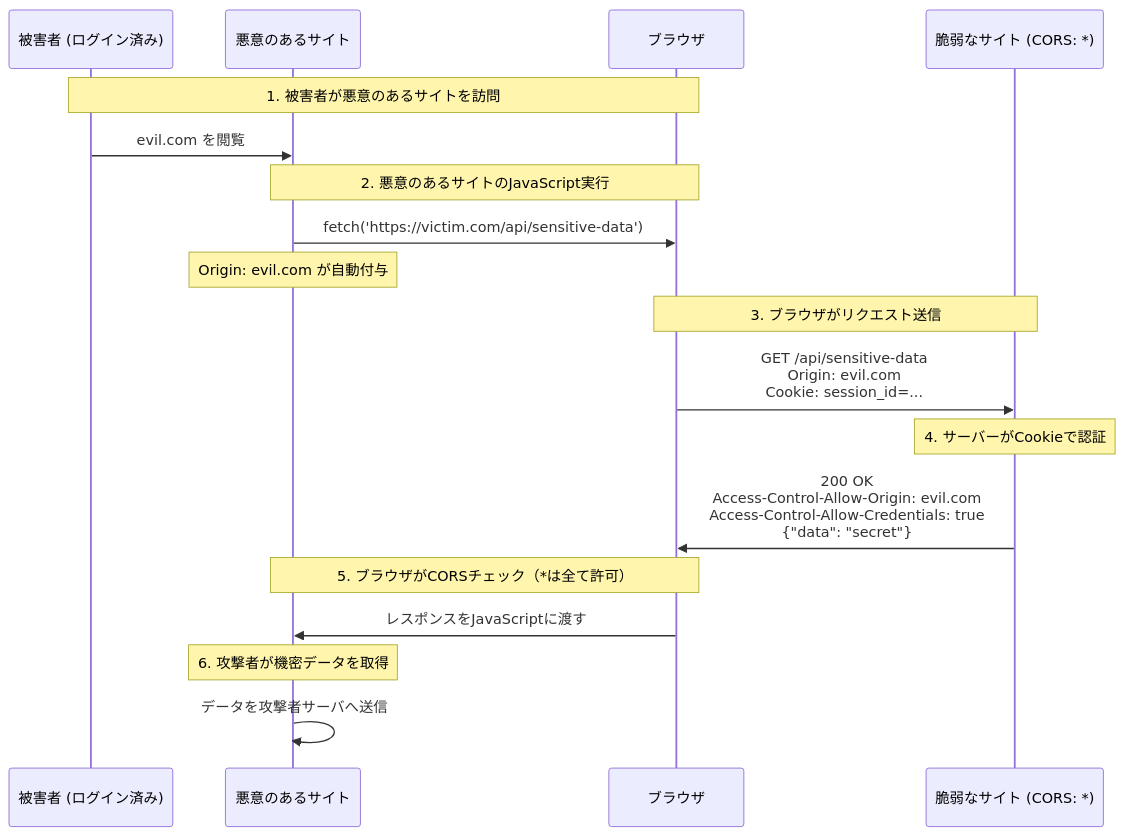
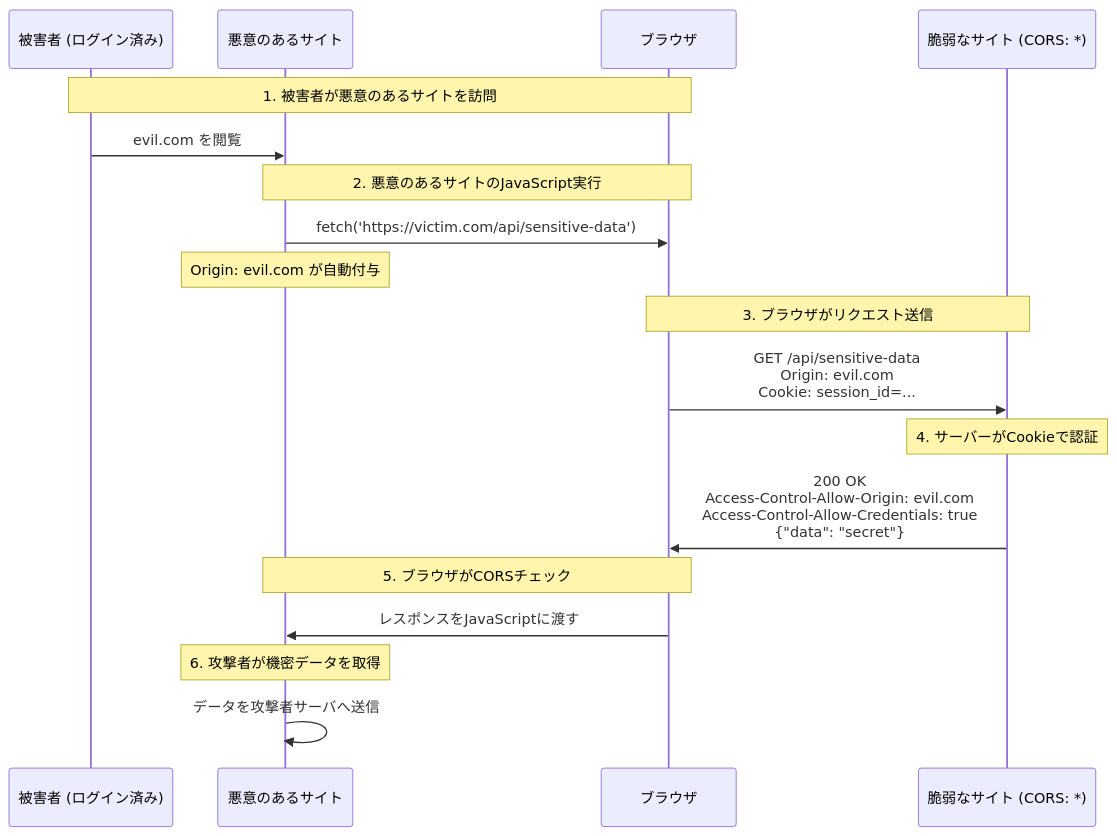
One commit to sokoide/workshop changed the fourth of 4 diagrams in infra/web_security_ja.md. Above: the diagram before and after it, drawn with Mermaid. The commit also changed other lines of this file and 1 other file, not shown here.

````diff
--- a/infra/web_security_ja.md
+++ b/infra/web_security_ja.md
@@ -76,26 +76,26 @@
 ```mermaid
 sequenceDiagram
     participant V as 被害者 (ログイン済み)
     participant E as 悪意のあるサイト
     participant B as ブラウザ
     participant S as 脆弱なサイト (CORS: *)
 
     Note over V, B: 1. 被害者が悪意のあるサイトを訪問
     V->>E: evil.com を閲覧
 
     Note over E, B: 2. 悪意のあるサイトのJavaScript実行
     E->>B: fetch('https://victim.com/api/sensitive-data')
     Note over E: Origin: evil.com が自動付与
 
     Note over B, S: 3. ブラウザがリクエスト送信
     B->>S: GET /api/sensitive-data<br/>Origin: evil.com<br/>Cookie: session_id=...
 
     Note over S: 4. サーバーがCookieで認証
     S->>B: 200 OK<br/>Access-Control-Allow-Origin: evil.com<br/>Access-Control-Allow-Credentials: true<br/>{"data": "secret"}
 
-    Note over B, E: 5. ブラウザがCORSチェック（*は全て許可）
+    Note over B, E: 5. ブラウザがCORSチェック
     B->>E: レスポンスをJavaScriptに渡す
 
     Note over E: 6. 攻撃者が機密データを取得
     E->>E: データを攻撃者サーバへ送信
 ```
````
